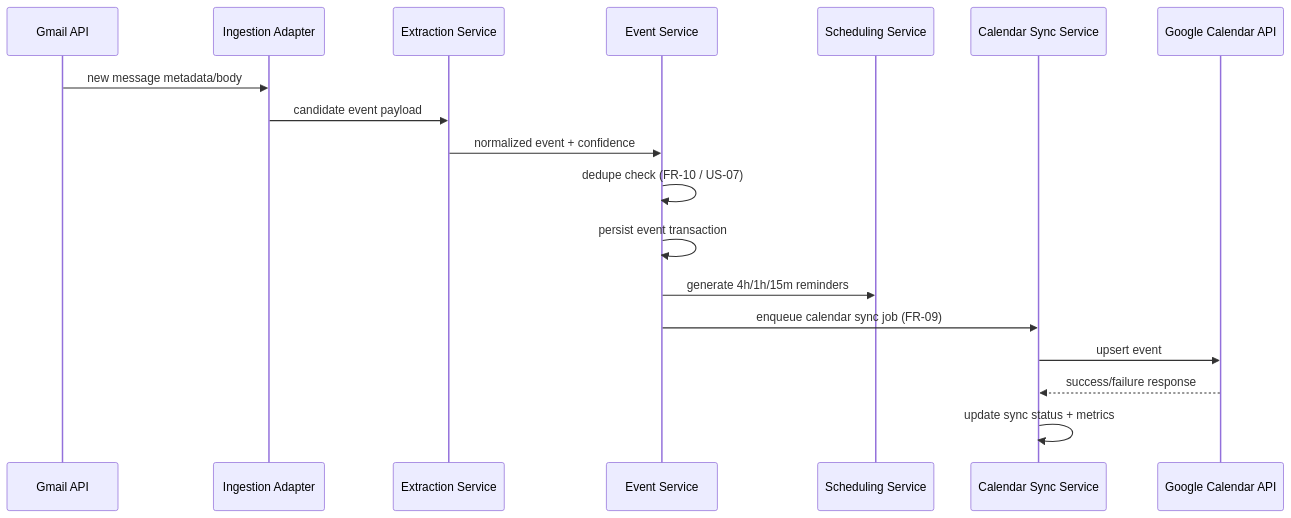
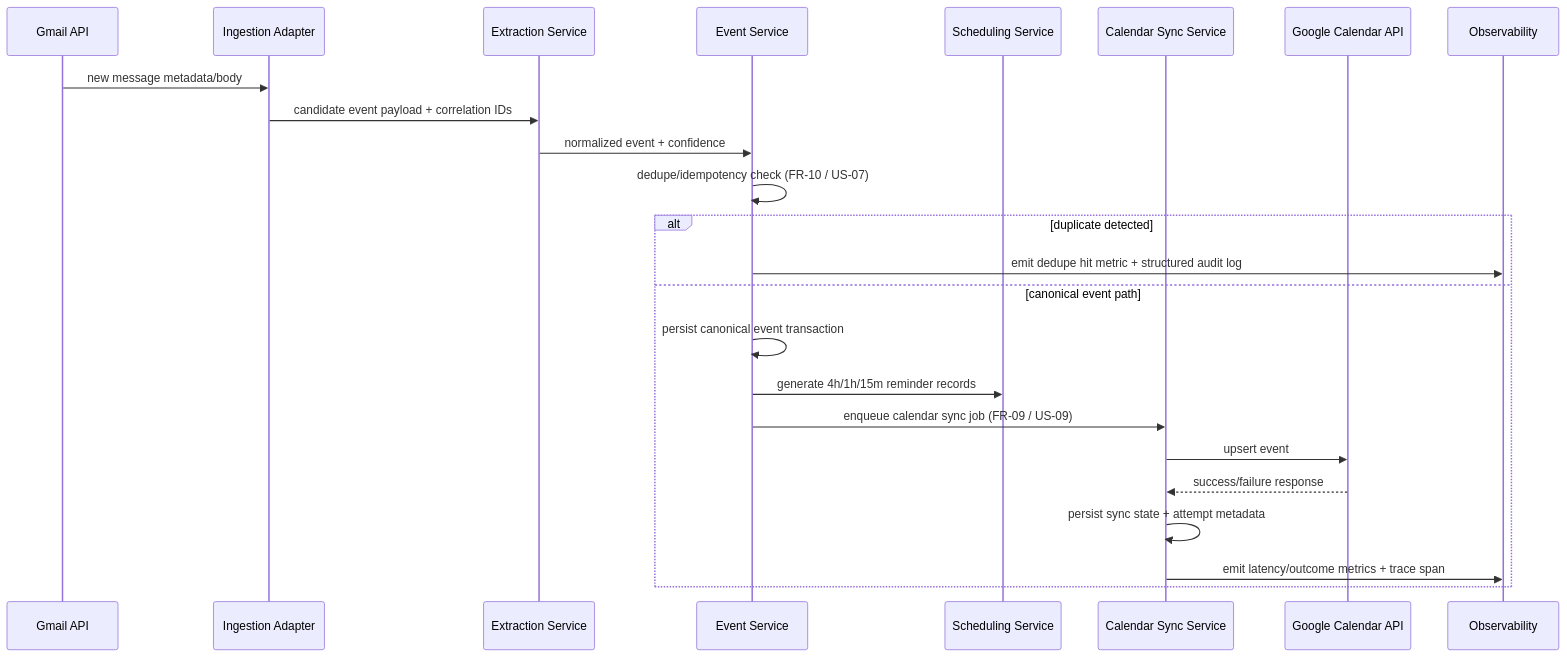
The first of 3 diagrams in docs/03-design/sequence-flows.md (Amal-Makwana/PersonalAssistant), drawn with Mermaid before and after one commit. The commit also changed other lines of this file and 5 other files, not shown here.

Commit message:
docs(design): regenerate architecture docs and aligned HTML summary

````diff
--- a/docs/03-design/sequence-flows.md
+++ b/docs/03-design/sequence-flows.md
@@ -5,21 +5,27 @@
 ```mermaid
 sequenceDiagram
   participant Gmail as Gmail API
   participant Ingest as Ingestion Adapter
   participant Extract as Extraction Service
   participant EventSvc as Event Service
   participant Sched as Scheduling Service
   participant Sync as Calendar Sync Service
   participant Cal as Google Calendar API
+  participant Obs as Observability
 
   Gmail->>Ingest: new message metadata/body
-  Ingest->>Extract: candidate event payload
+  Ingest->>Extract: candidate event payload + correlation IDs
   Extract->>EventSvc: normalized event + confidence
-  EventSvc->>EventSvc: dedupe check (FR-10 / US-07)
-  EventSvc->>EventSvc: persist event transaction
-  EventSvc->>Sched: generate 4h/1h/15m reminders
-  EventSvc->>Sync: enqueue calendar sync job (FR-09)
-  Sync->>Cal: upsert event
-  Cal-->>Sync: success/failure response
-  Sync->>Sync: update sync status + metrics
+  EventSvc->>EventSvc: dedupe/idempotency check (FR-10 / US-07)
+  alt duplicate detected
+    EventSvc->>Obs: emit dedupe hit metric + structured audit log
+  else canonical event path
+    EventSvc->>EventSvc: persist canonical event transaction
+    EventSvc->>Sched: generate 4h/1h/15m reminder records
+    EventSvc->>Sync: enqueue calendar sync job (FR-09 / US-09)
+    Sync->>Cal: upsert event
+    Cal-->>Sync: success/failure response
+    Sync->>Sync: persist sync state + attempt metadata
+    Sync->>Obs: emit latency/outcome metrics + trace span
+  end
 ```
````
